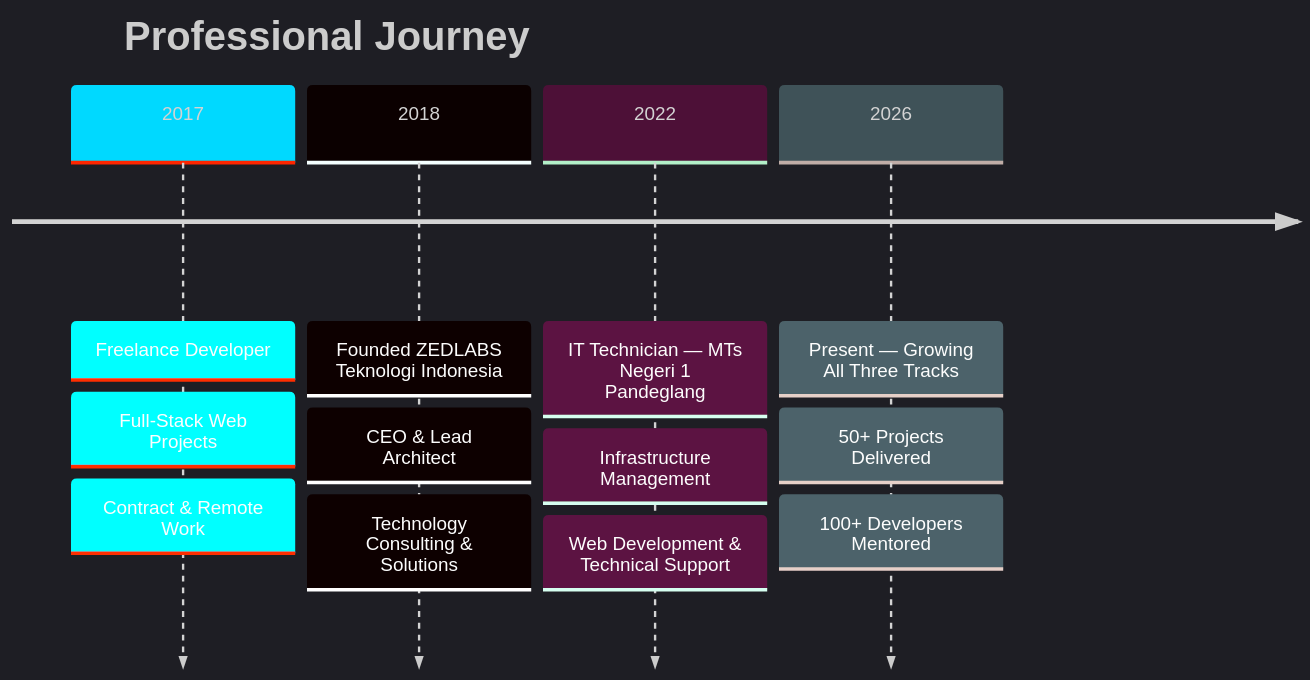
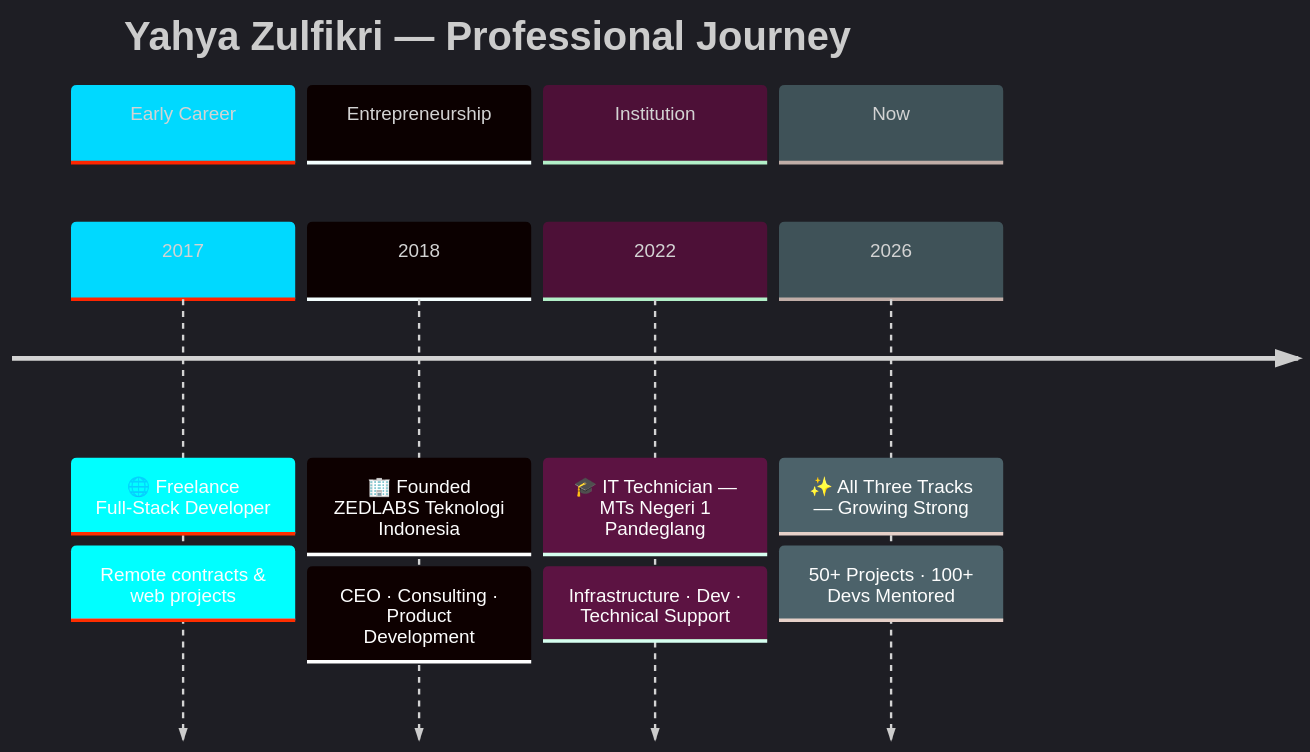
Before and after one commit to zulfikriyahya/zulfikriyahya: the first of 2 diagrams in README.mdx, drawn with Mermaid. The commit also changed other lines of this file, not shown here.

````diff
--- a/README.mdx
+++ b/README.mdx
@@ -63,17 +71,17 @@
 ```mermaid
-%%{init: {'theme':'dark', 'themeVariables': { 'primaryColor': '#00D9FF', 'primaryTextColor': '#fff', 'primaryBorderColor': '#7B44F6', 'lineColor': '#00DC82', 'secondaryColor': '#1a1a2e', 'tertiaryColor': '#16213e'}}}%%
+%%{init: {'theme':'dark','themeVariables':{'primaryColor':'#00D9FF','primaryTextColor':'#ffffff','primaryBorderColor':'#7B44F6','lineColor':'#00DC82','secondaryColor':'#1a1a2e','background':'#0D1117','nodeBorder':'#00D9FF','clusterBkg':'#1a1a2e','titleColor':'#00D9FF','edgeLabelBackground':'#1a1a2e','attributeBackgroundColorEven':'#1a1a2e','attributeBackgroundColorOdd':'#16213e'}}}%%
 timeline
-    title Professional Journey
-    2017 : Freelance Developer
-         : Full-Stack Web Projects
-         : Contract & Remote Work
-    2018 : Founded ZEDLABS Teknologi Indonesia
-         : CEO & Lead Architect
-         : Technology Consulting & Solutions
-    2022 : IT Technician — MTs Negeri 1 Pandeglang
-         : Infrastructure Management
-         : Web Development & Technical Support
-    2026 : Present — Growing All Three Tracks
-         : 50+ Projects Delivered
-         : 100+ Developers Mentored
+    title  Yahya Zulfikri — Professional Journey
+    section Early Career
+      2017 : 🌐 Freelance Full-Stack Developer
+           : Remote contracts & web projects
+    section Entrepreneurship
+      2018 : 🏢 Founded ZEDLABS Teknologi Indonesia
+           : CEO · Consulting · Product Development
+    section Institution
+      2022 : 🎓 IT Technician — MTs Negeri 1 Pandeglang
+           : Infrastructure · Dev · Technical Support
+    section Now
+      2026 : ✨ All Three Tracks — Growing Strong
+           : 50+ Projects · 100+ Devs Mentored
 ```
````
